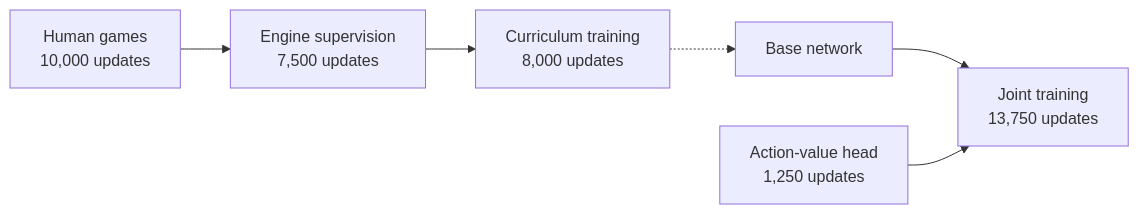
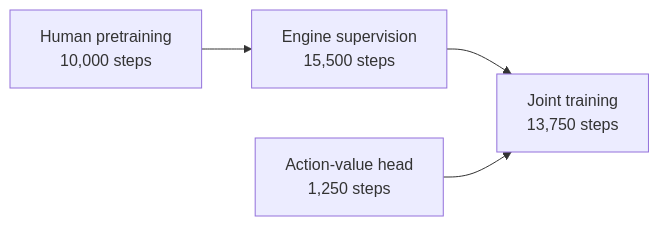
One commit to ddy314/NeuroChess changed the diagram in docs/TRAINING.md. Above: the diagram before and after it, drawn with Mermaid. The commit also changed other lines of this file and 3 other files, not shown here.

Commit message:
Focus documentation solely on released model architecture, training, and results

````diff
--- a/docs/TRAINING.md
+++ b/docs/TRAINING.md
@@ -7,8 +7,6 @@
 ```mermaid
 flowchart LR
-    A[Human games<br/>10,000 updates] --> B[Engine supervision<br/>7,500 updates]
-    B --> C[Curriculum training<br/>8,000 updates]
-    C -.-> D[Base network]
-    D --> F[Joint training<br/>13,750 updates]
-    E[Action-value head<br/>1,250 updates] --> F
+    A[Human pretraining<br/>10,000 steps] --> B[Engine supervision<br/>15,500 steps]
+    B --> D[Joint training<br/>13,750 steps]
+    C[Action-value head<br/>1,250 steps] --> D
 ```
````
